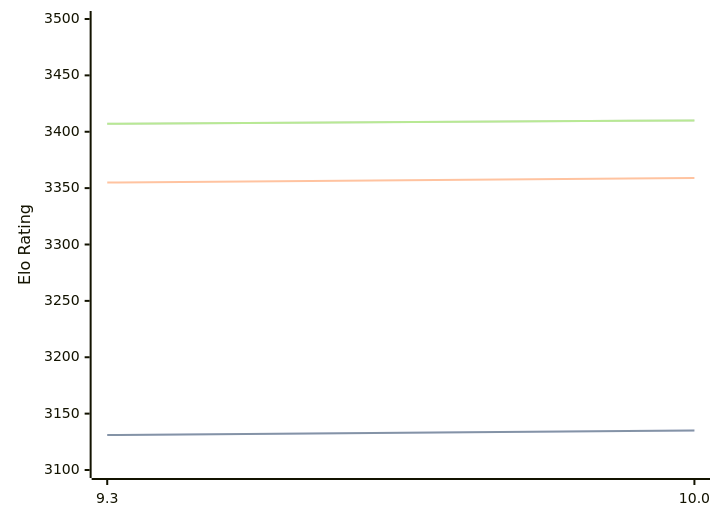
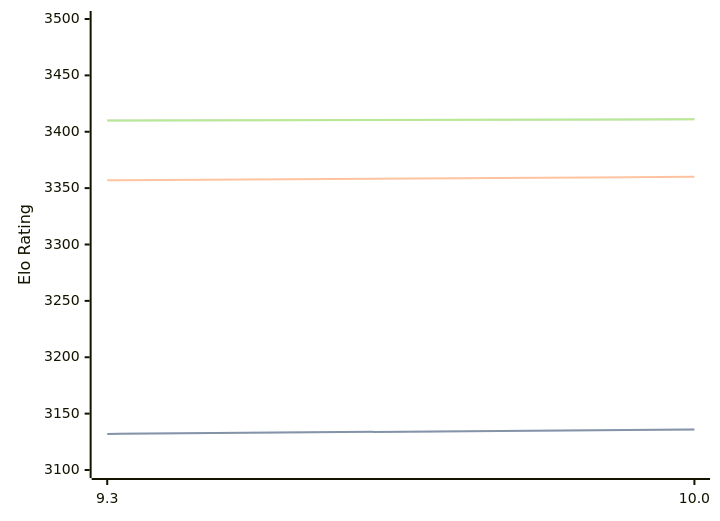
Before and after one commit to computer-chess-index/cci: the diagram in engines/Fire.md, drawn with Mermaid. The commit also changed other lines of this file, not shown here.

Commit message:
Update CCI Ratings (ELO VLTC) - 2026-06-11

````diff
--- a/engines/Fire.md
+++ b/engines/Fire.md
@@ -47,11 +47,11 @@
 ```mermaid
 %%{init: {"theme":"base","themeVariables":{"seriesColors:['#a3a3a3','#222221','#faa371']}}}%%
 xychart-beta
   x-axis ["9.3", "10.0"]
   y-axis "Elo Rating" 3100 --> 3500
-  line "STC (8.0+0.08s)" [3131, 3135]
-  line "STC (8.0+0.08s)" [3131, 3135]
-  line "LTC (60.0+0.60s)" [3355, 3359]
-  line "VLTC (2m24s+1.12s)" [3407, 3410]
-  line "VLTC (2m24s+1.12s)" [3407, 3410]
+  line "STC (8.0+0.08s)" [3132, 3136]
+  line "STC (8.0+0.08s)" [3132, 3136]
+  line "LTC (60.0+0.60s)" [3357, 3360]
+  line "VLTC (2m24s+1.12s)" [3410, 3411]
+  line "VLTC (2m24s+1.12s)" [3410, 3411]
 ```
````
